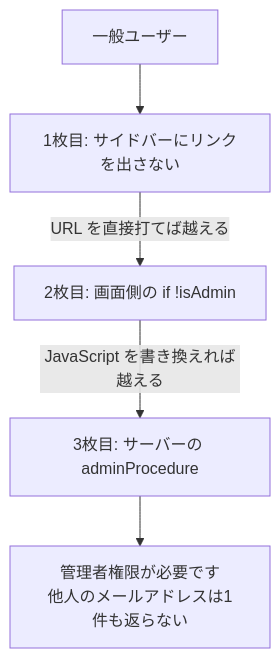
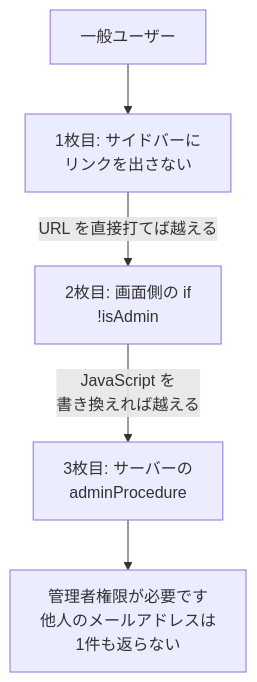
One commit to kouiso/task-app changed the second of 2 diagrams in material/30days-curriculum/day24_ユーザー一覧（管理者用）.md. Above: the diagram before and after it, drawn with Mermaid. The commit also changed 24 other files, not shown here.

First line of the commit message:
fix(material): Mermaid 図のファイル名キャプションとノード途中折れを直す (#457) (#718)

````diff
--- a/material/30days-curriculum/day24_ユーザー一覧（管理者用）.md
+++ b/material/30days-curriculum/day24_ユーザー一覧（管理者用）.md
@@ -967,7 +967,7 @@
 ```mermaid
 flowchart TB
-    U["一般ユーザー"] --> L["1枚目: サイドバーにリンクを出さない"]
-    L -->|"URL を直接打てば越える"| P["2枚目: 画面側の if !isAdmin"]
-    P -->|"JavaScript を書き換えれば越える"| S["3枚目: サーバーの adminProcedure"]
-    S --> E["管理者権限が必要です<br/>他人のメールアドレスは1件も返らない"]
+    U["一般ユーザー"] --> L["1枚目: サイドバーに<br/>リンクを出さない"]
+    L -->|"URL を直接打てば越える"| P["2枚目: 画面側の if<br/>!isAdmin"]
+    P -->|"JavaScript を<br/>書き換えれば越える"| S["3枚目: サーバーの<br/>adminProcedure"]
+    S --> E["管理者権限が必要です<br/>他人のメールアドレスは<br/>1件も返らない"]
 ```
````
